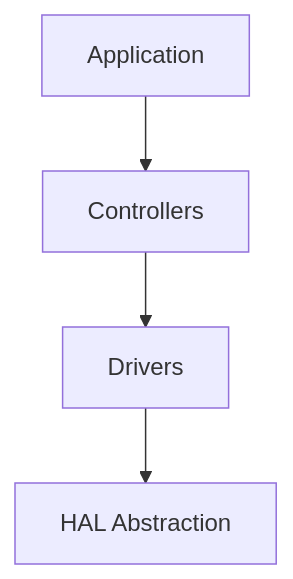
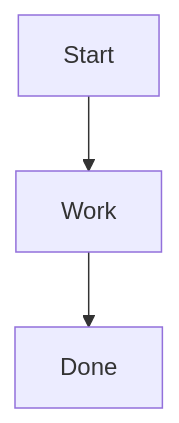
Before and after one commit to ch0t4nk/stm32h753zi: the diagram in docs/core_software.md, drawn with Mermaid. The commit also changed other lines of this file and 52 other files, not shown here.

````diff
--- a/docs/core_software.md
+++ b/docs/core_software.md
@@ -15,7 +14,5 @@
 ```mermaid
 flowchart TD
-  App[Application]
-  App --> Controllers
-  Controllers --> Drivers
-  Drivers --> HAL[HAL Abstraction]
+  A[Start] --> B[Work]
+  B --> C[Done]
 ```
````
